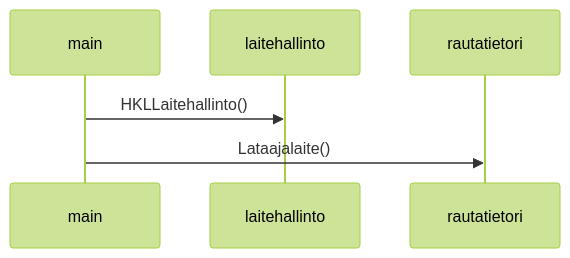
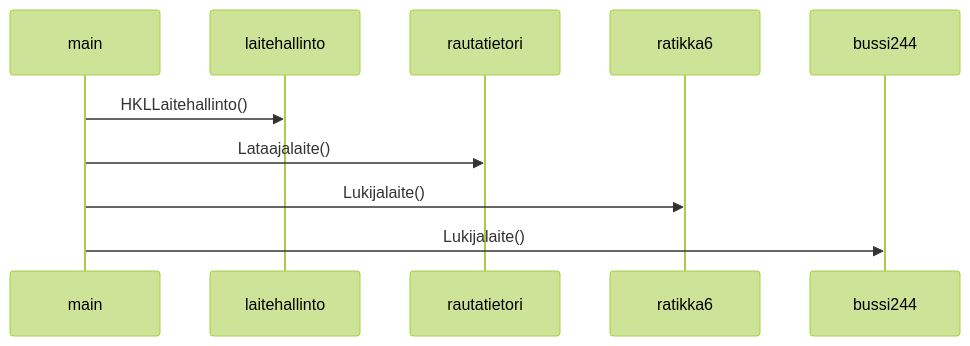
One commit to Nanotiike/ot-harjoitustyo changed the diagram in laskarit/viikko3/hsl-sekvenssikaavio.md. Above: the diagram before and after it, drawn with Mermaid (forest theme).

````diff
--- a/laskarit/viikko3/hsl-sekvenssikaavio.md
+++ b/laskarit/viikko3/hsl-sekvenssikaavio.md
@@ -3,5 +3,7 @@
 ```mermaid
   sequenceDiagram
     main ->> laitehallinto: HKLLaitehallinto()
     main ->> rautatietori: Lataajalaite()
+    main ->> ratikka6: Lukijalaite()
+    main ->> bussi244: Lukijalaite()
 ```
````
